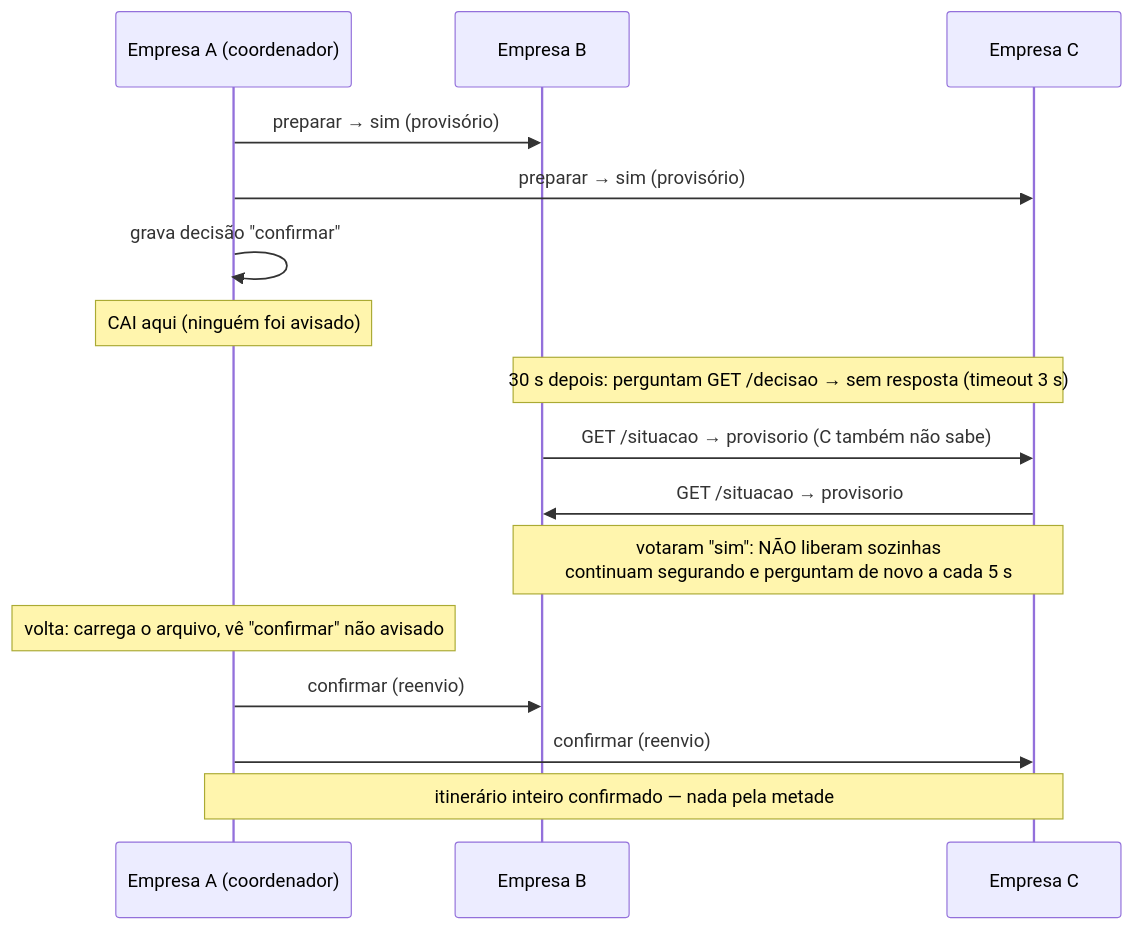
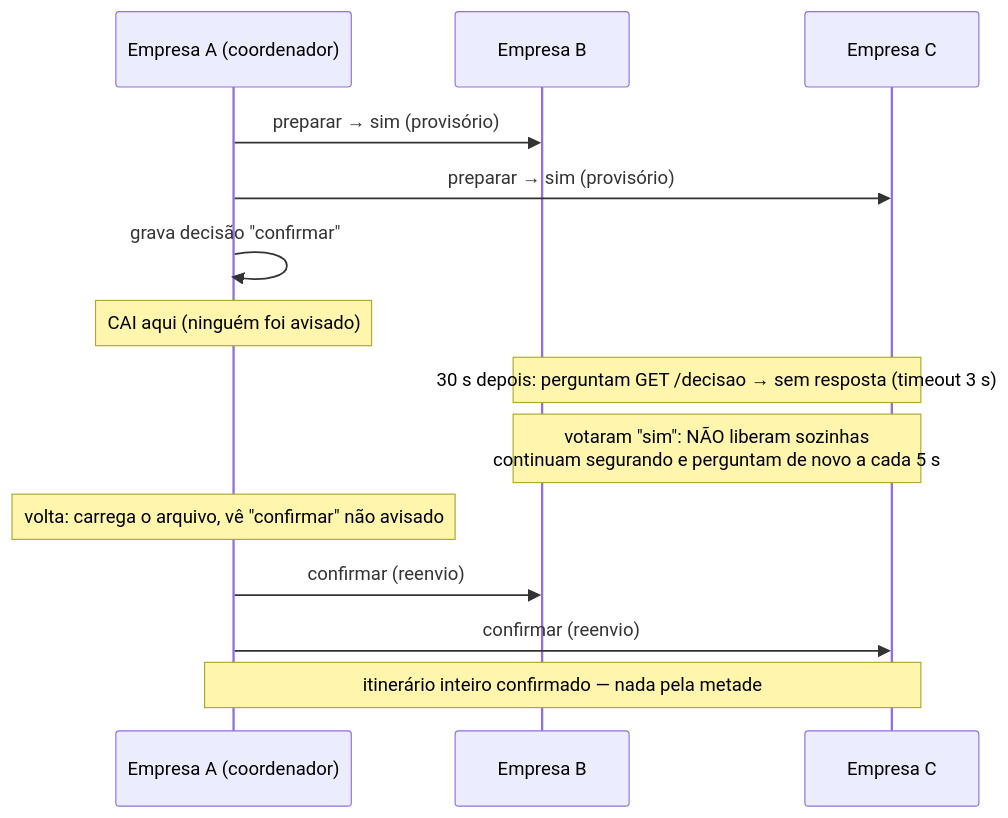
The third of 4 diagrams in docs/diagramas/sequencia.md (ecomphenrick/PBL2), drawn with Mermaid before and after one commit. The commit also changed other lines of this file and 11 other files, not shown here.

````diff
--- a/docs/diagramas/sequencia.md
+++ b/docs/diagramas/sequencia.md
@@ -61,19 +61,17 @@
 ```mermaid
 sequenceDiagram
     participant A as Empresa A (coordenador)
     participant B as Empresa B
     participant C as Empresa C
 
     A->>B: preparar → sim (provisório)
     A->>C: preparar → sim (provisório)
     A->>A: grava decisão "confirmar"
     Note over A: CAI aqui (ninguém foi avisado)
     Note over B,C: 30 s depois: perguntam GET /decisao → sem resposta (timeout 3 s)
-    B->>C: GET /situacao → provisorio (C também não sabe)
-    C->>B: GET /situacao → provisorio
     Note over B,C: votaram "sim": NÃO liberam sozinhas<br/>continuam segurando e perguntam de novo a cada 5 s
     Note over A: volta: carrega o arquivo, vê "confirmar" não avisado
     A->>B: confirmar (reenvio)
     A->>C: confirmar (reenvio)
     Note over A,C: itinerário inteiro confirmado — nada pela metade
 ```
````
